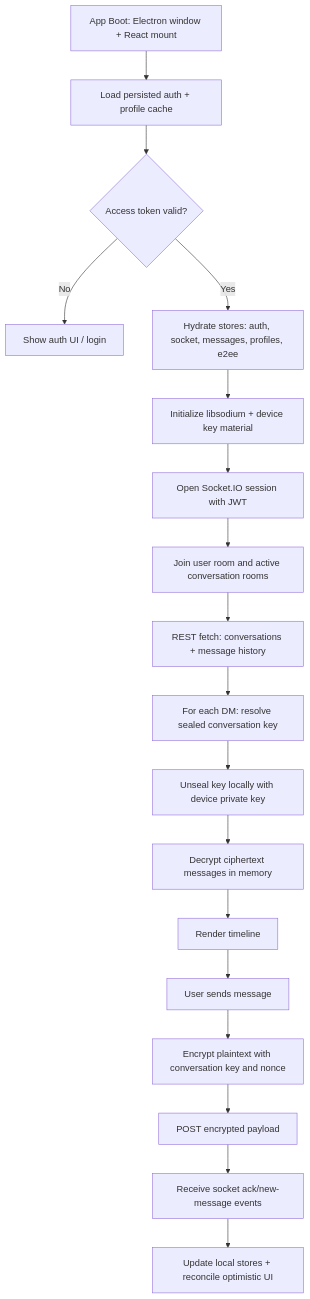
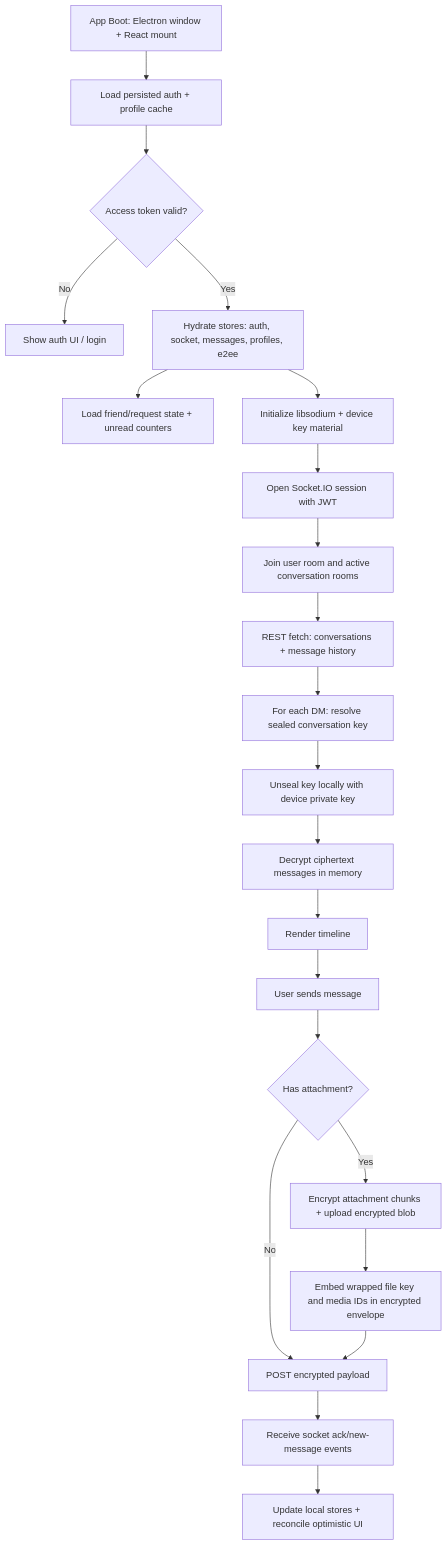
Before and after one commit to orbit-chat/orbit-chat: the fourth of 5 diagrams in README.md, drawn with Mermaid. The commit also changed other lines of this file, not shown here.

Commit message:
feat: enhance README with detailed media encryption flow and attachment handling process

````diff
--- a/README.md
+++ b/README.md
@@ -124,20 +177,24 @@
 ```mermaid
 flowchart TD
 	A[App Boot: Electron window + React mount] --> B[Load persisted auth + profile cache]
 	B --> C{Access token valid?}
 	C -- No --> D[Show auth UI / login]
 	C -- Yes --> E[Hydrate stores: auth, socket, messages, profiles, e2ee]
+	E --> E2[Load friend/request state + unread counters]
 	E --> F[Initialize libsodium + device key material]
 	F --> G[Open Socket.IO session with JWT]
 	G --> H[Join user room and active conversation rooms]
 	H --> I[REST fetch: conversations + message history]
 	I --> J[For each DM: resolve sealed conversation key]
 	J --> K[Unseal key locally with device private key]
 	K --> L[Decrypt ciphertext messages in memory]
 	L --> M[Render timeline]
 	M --> N[User sends message]
-	N --> O[Encrypt plaintext with conversation key and nonce]
-	O --> P[POST encrypted payload]
+	N --> O{Has attachment?}
+	O -- No --> P[Encrypt plaintext with conversation key and nonce]
+	O -- Yes --> P2[Encrypt attachment chunks + upload encrypted blob]
+	P2 --> P3[Embed wrapped file key and media IDs in encrypted envelope]
+	P3 --> P[POST encrypted payload]
 	P --> Q[Receive socket ack/new-message events]
 	Q --> R[Update local stores + reconcile optimistic UI]
 ```
````
